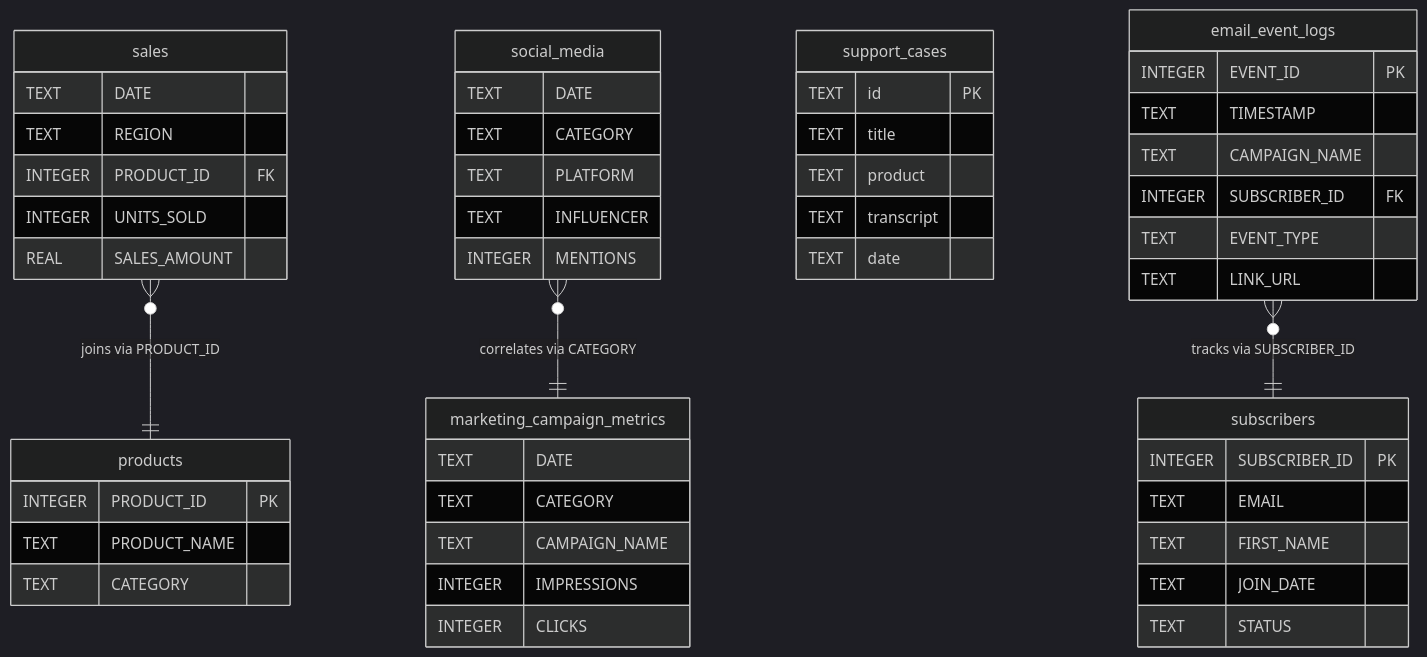
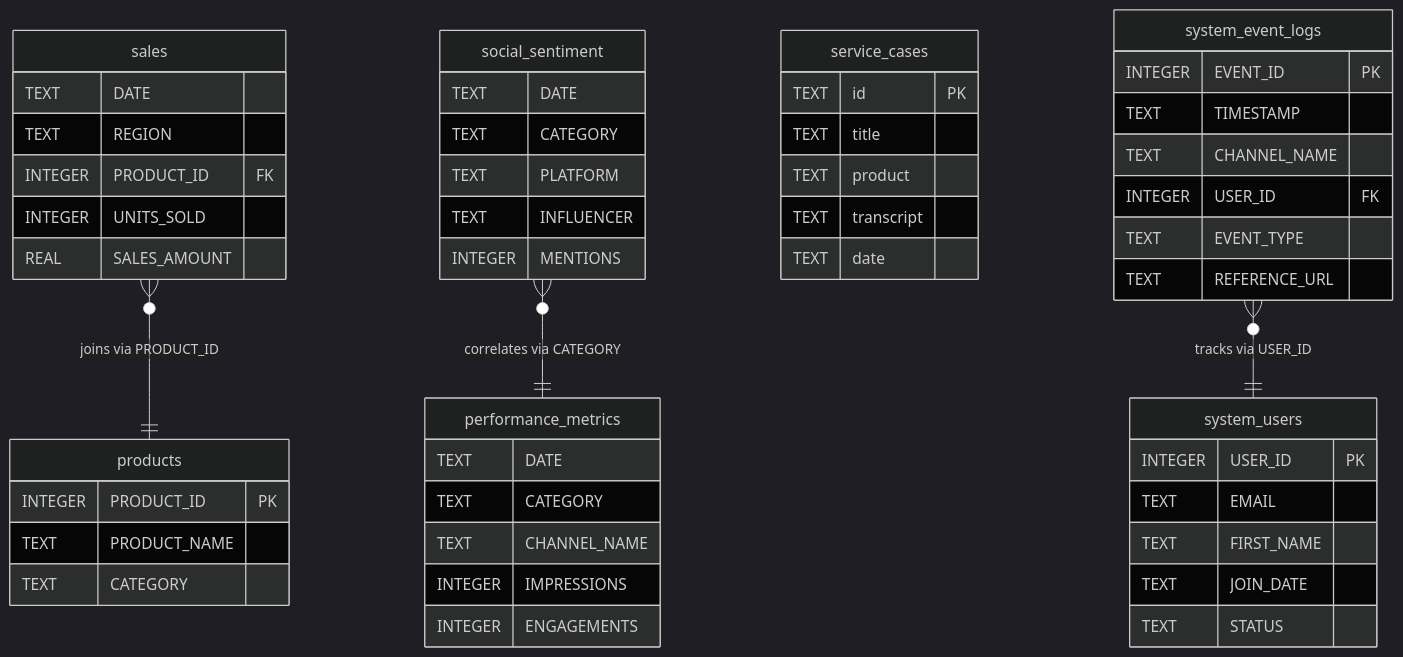
The second of 2 diagrams in README.md (SRINIVASTA/email-campaign-intelligence-agent), drawn with Mermaid (dark theme) before and after one commit. The commit also changed other lines of this file, not shown here.

````diff
--- a/README.md
+++ b/README.md
@@ -43,55 +41,55 @@
 ```mermaid
 erDiagram
     products {
         INTEGER PRODUCT_ID PK
         TEXT PRODUCT_NAME
         TEXT CATEGORY
     }
     sales {
         TEXT DATE
         TEXT REGION
         INTEGER PRODUCT_ID FK
         INTEGER UNITS_SOLD
         REAL SALES_AMOUNT
     }
-    marketing_campaign_metrics {
+    performance_metrics {
         TEXT DATE
         TEXT CATEGORY
-        TEXT CAMPAIGN_NAME
+        TEXT CHANNEL_NAME
         INTEGER IMPRESSIONS
-        INTEGER CLICKS
+        INTEGER ENGAGEMENTS
     }
-    social_media {
+    social_sentiment {
         TEXT DATE
         TEXT CATEGORY
         TEXT PLATFORM
         TEXT INFLUENCER
         INTEGER MENTIONS
     }
-    support_cases {
+    service_cases {
         TEXT id PK
         TEXT title
         TEXT product
         TEXT transcript
         TEXT date
     }
-    subscribers {
-        INTEGER SUBSCRIBER_ID PK
+    system_users {
+        INTEGER USER_ID PK
         TEXT EMAIL
         TEXT FIRST_NAME
         TEXT JOIN_DATE
         TEXT STATUS
     }
-    email_event_logs {
+    system_event_logs {
         INTEGER EVENT_ID PK
         TEXT TIMESTAMP
-        TEXT CAMPAIGN_NAME
-        INTEGER SUBSCRIBER_ID FK
+        TEXT CHANNEL_NAME
+        INTEGER USER_ID FK
         TEXT EVENT_TYPE
-        TEXT LINK_URL
+        TEXT REFERENCE_URL
     }
 
     sales }o--|| products : "joins via PRODUCT_ID"
-    social_media }o--|| marketing_campaign_metrics : "correlates via CATEGORY"
-    email_event_logs }o--|| subscribers : "tracks via SUBSCRIBER_ID"
+    social_sentiment }o--|| performance_metrics : "correlates via CATEGORY"
+    system_event_logs }o--|| system_users : "tracks via USER_ID"
 ```
````
